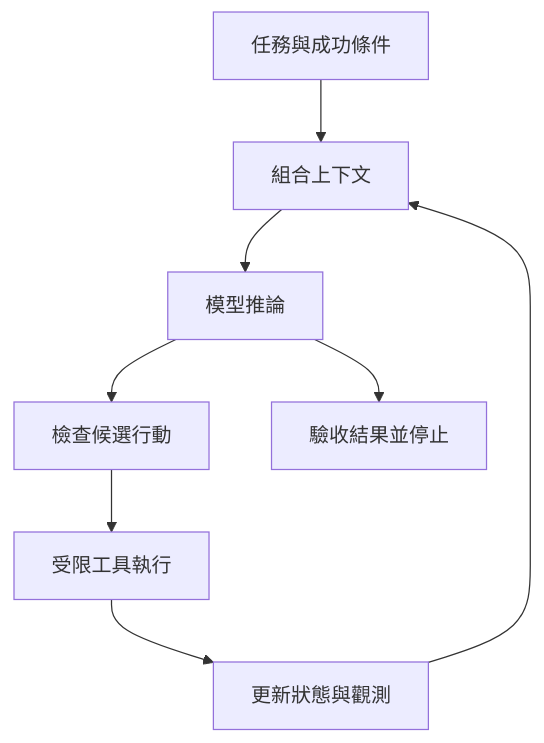
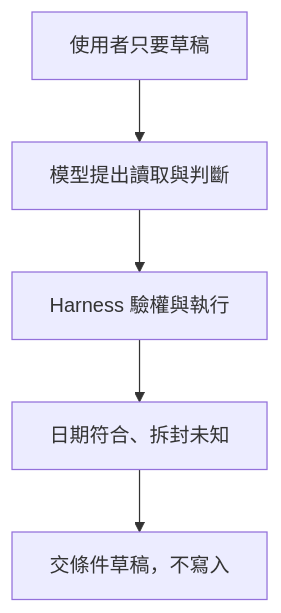
The diagram in chapters/foundations/01-agent-and-harness/lesson.md (easyvibecoding/Agent-Engineering), drawn with Mermaid before and after one commit. The commit also changed other lines of this file and 139 other files, not shown here.

````diff
--- a/chapters/foundations/01-agent-and-harness/lesson.md
+++ b/chapters/foundations/01-agent-and-harness/lesson.md
@@ -47,10 +68,12 @@
 ```mermaid
 flowchart TD
-  G["任務與成功條件"] --> C["組合上下文"]
-  C --> M["模型推論"]
-  M --> P["檢查候選行動"]
-  P --> T["受限工具執行"]
-  T --> S["更新狀態與觀測"]
-  S --> C
-  M --> V["驗收結果並停止"]
+    A["使用者只要草稿"]
+    B["模型提出讀取與判斷"]
+    C["Harness 驗權與執行"]
+    D["日期符合、拆封未知"]
+    E["交條件草稿，不寫入"]
+    A --> B
+    B --> C
+    C --> D
+    D --> E
 ```
````
